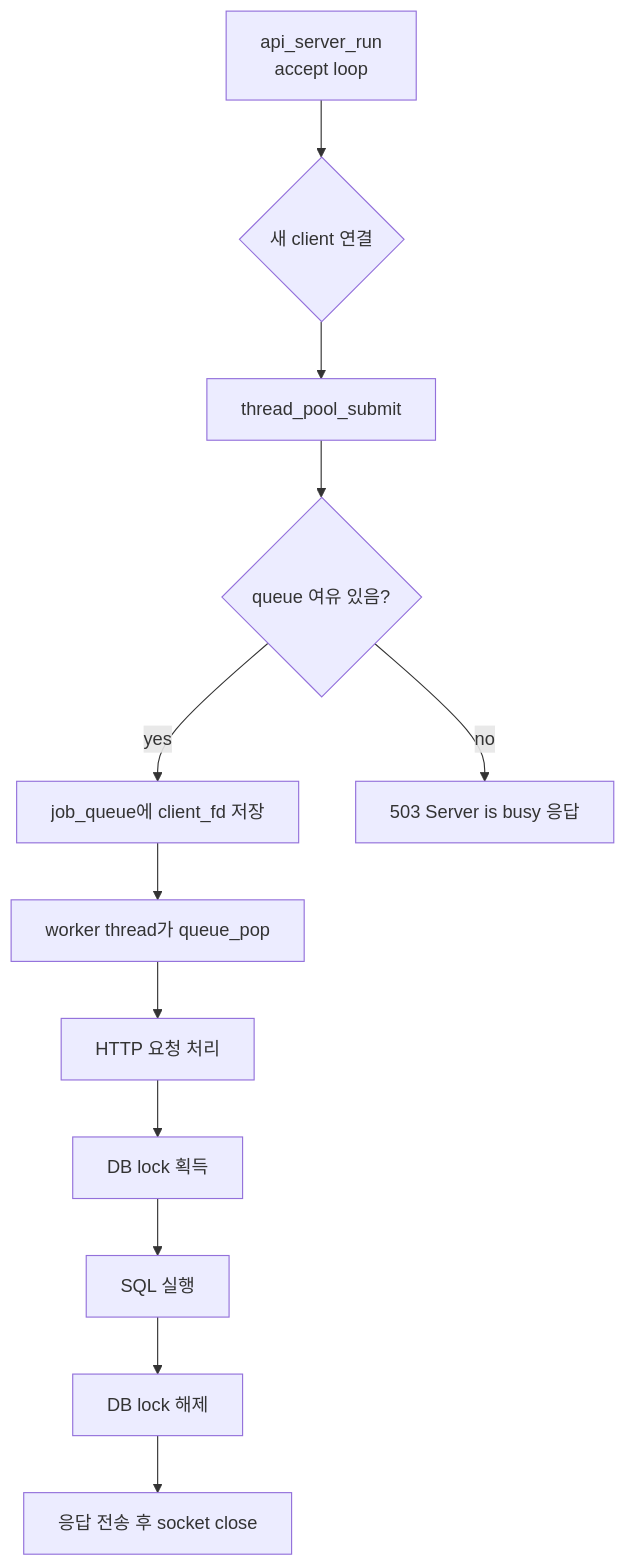
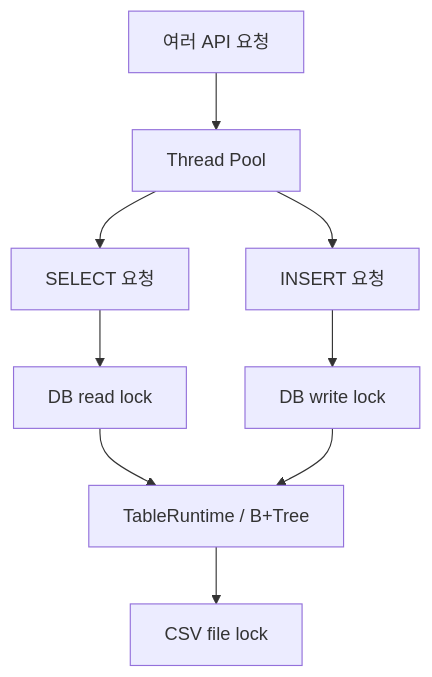
The third of 6 diagrams in presentation.md (leejunhee8235/mini_dbms), drawn with Mermaid before and after one commit. The commit also changed other lines of this file, not shown here.

````diff
--- a/presentation.md
+++ b/presentation.md
@@ -133,14 +111,13 @@
 ```mermaid
 flowchart TD
-    A["api_server_run\naccept loop"] --> B{"새 client 연결"}
-    B --> C["thread_pool_submit"]
-    C --> D{"queue 여유 있음?"}
-    D -->|yes| E["job_queue에 client_fd 저장"]
-    D -->|no| F["503 Server is busy 응답"]
-    E --> G["worker thread가 queue_pop"]
-    G --> H["HTTP 요청 처리"]
-    H --> I["DB lock 획득"]
-    I --> J["SQL 실행"]
-    J --> K["DB lock 해제"]
-    K --> L["응답 전송 후 socket close"]
+    REQ["여러 API 요청"] --> POOL["Thread Pool"]
+    POOL --> SELECT["SELECT 요청"]
+    POOL --> INSERT["INSERT 요청"]
+
+    SELECT --> READ["DB read lock"]
+    INSERT --> WRITE["DB write lock"]
+
+    READ --> DB["TableRuntime / B+Tree"]
+    WRITE --> DB
+    DB --> FILE["CSV file lock"]
 ```
````
